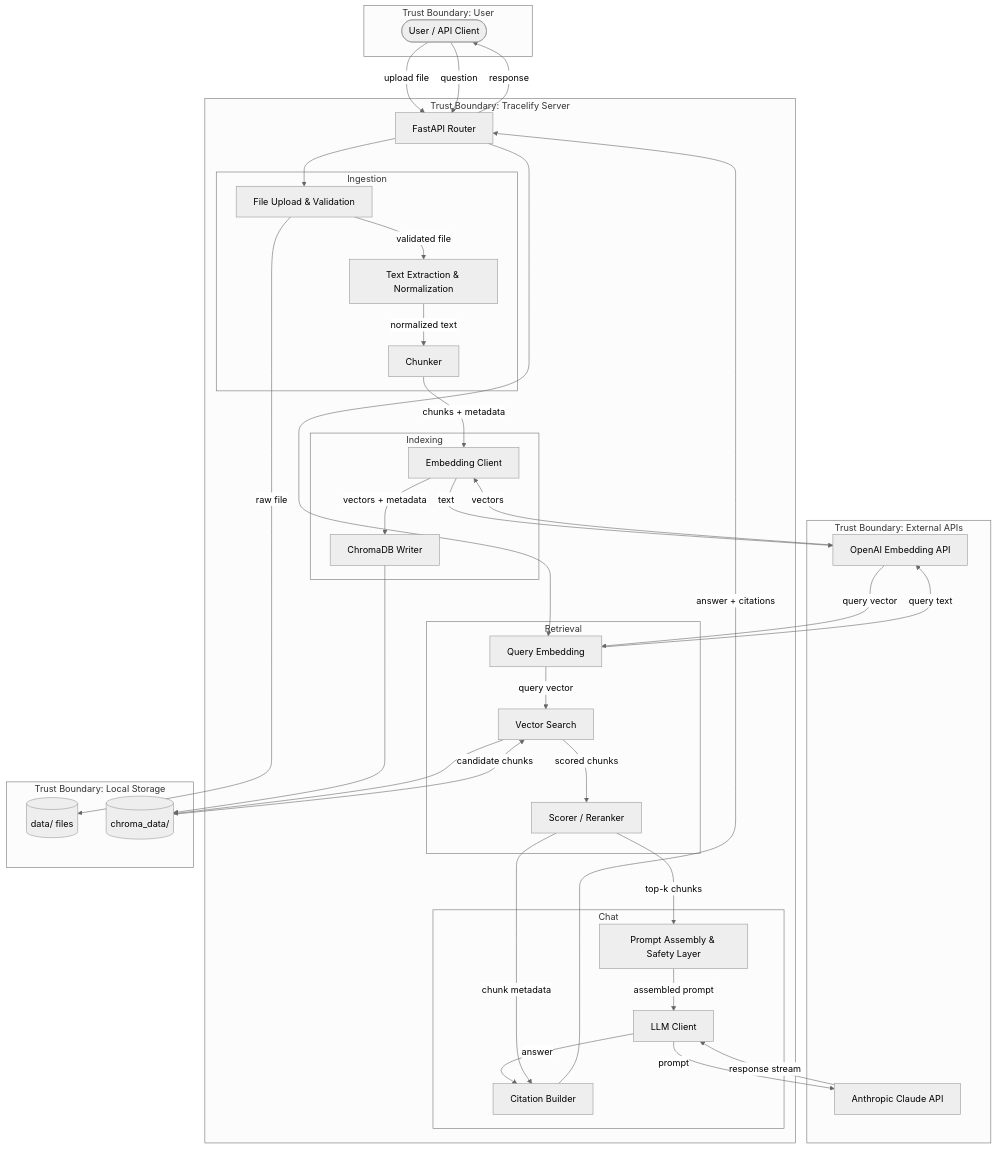
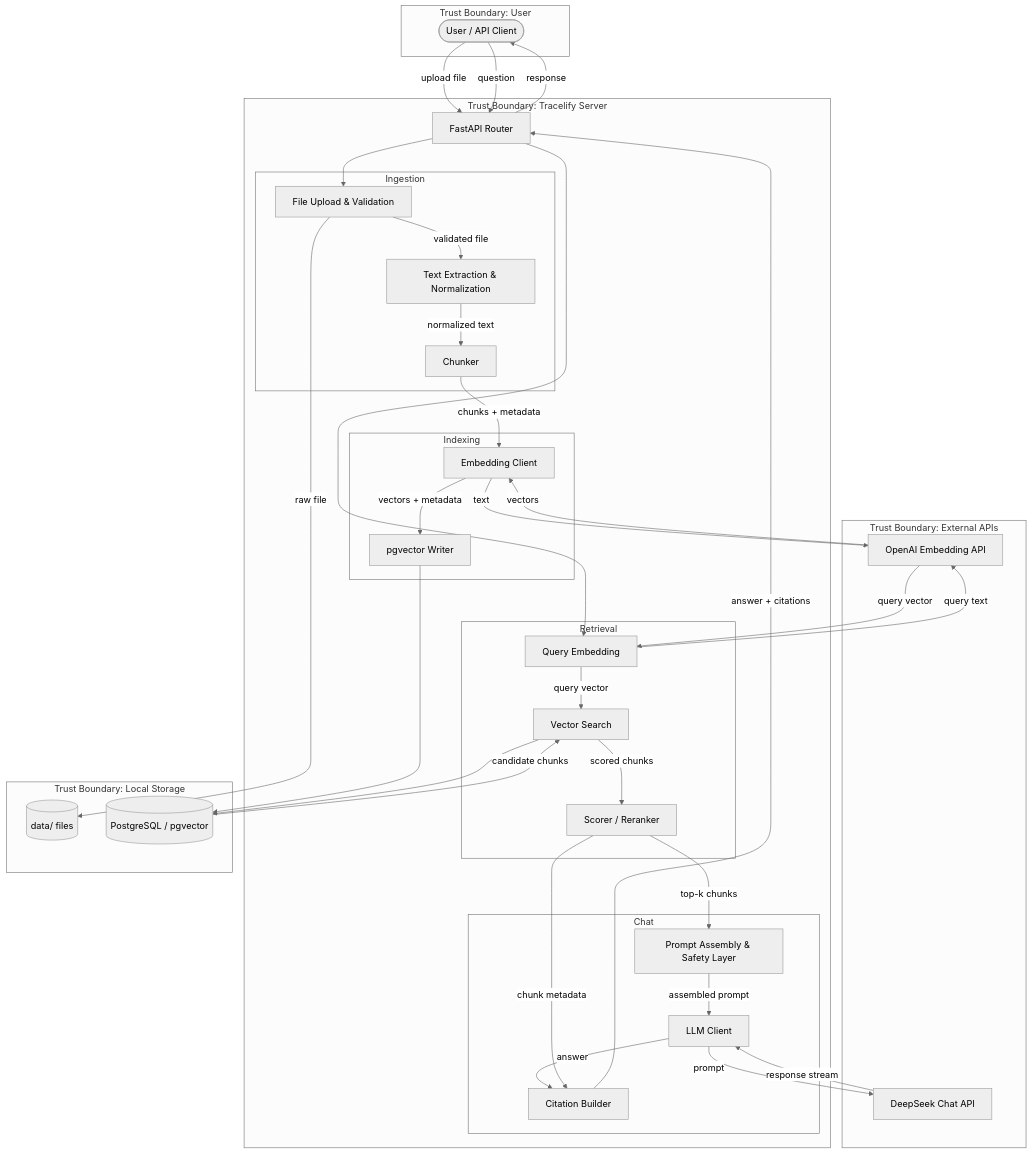
The diagram in docs/architecture/overview.md (bzannah/tracelify), drawn with Mermaid (neutral theme) before and after one commit. The commit also changed other lines of this file and 8 other files, not shown here.

First line of the commit message:
update chat inference choice to DeepSeek API

````diff
--- a/docs/architecture/overview.md
+++ b/docs/architecture/overview.md
@@ -85,71 +85,71 @@
 ```mermaid
 flowchart TB
     subgraph Trust Boundary: User
         User([User / API Client])
     end
 
     subgraph Trust Boundary: Tracelify Server
         API[FastAPI Router]
 
         subgraph Ingestion
             Upload[File Upload & Validation]
             Parse[Text Extraction & Normalization]
             Chunk[Chunker]
         end
 
         subgraph Indexing
             Embed[Embedding Client]
-            Store[ChromaDB Writer]
+            Store[pgvector Writer]
         end
 
         subgraph Retrieval
             QEmbed[Query Embedding]
             Search[Vector Search]
             Rank[Scorer / Reranker]
         end
 
         subgraph Chat
             PromptAsm[Prompt Assembly & Safety Layer]
             LLMClient[LLM Client]
             CiteBuild[Citation Builder]
         end
     end
 
     subgraph Trust Boundary: External APIs
         EmbedAPI[OpenAI Embedding API]
-        ChatAPI[Anthropic Claude API]
+        ChatAPI[DeepSeek Chat API]
     end
 
     subgraph Trust Boundary: Local Storage
         Disk[(data/ files)]
-        VectorDB[(chroma_data/)]
+        VectorDB[(PostgreSQL / pgvector)]
     end
 
     User -->|upload file| API
     API --> Upload
     Upload -->|validated file| Parse
     Parse -->|normalized text| Chunk
     Chunk -->|chunks + metadata| Embed
     Upload -->|raw file| Disk
     Embed -->|text| EmbedAPI
     EmbedAPI -->|vectors| Embed
     Embed -->|vectors + metadata| Store
     Store --> VectorDB
 
     User -->|question| API
     API --> QEmbed
     QEmbed -->|query text| EmbedAPI
     EmbedAPI -->|query vector| QEmbed
     QEmbed -->|query vector| Search
     Search --> VectorDB
     VectorDB -->|candidate chunks| Search
     Search -->|scored chunks| Rank
     Rank -->|top-k chunks| PromptAsm
     PromptAsm -->|assembled prompt| LLMClient
     LLMClient -->|prompt| ChatAPI
     ChatAPI -->|response stream| LLMClient
     LLMClient -->|answer| CiteBuild
     Rank -->|chunk metadata| CiteBuild
     CiteBuild -->|answer + citations| API
     API -->|response| User
 ```
````
